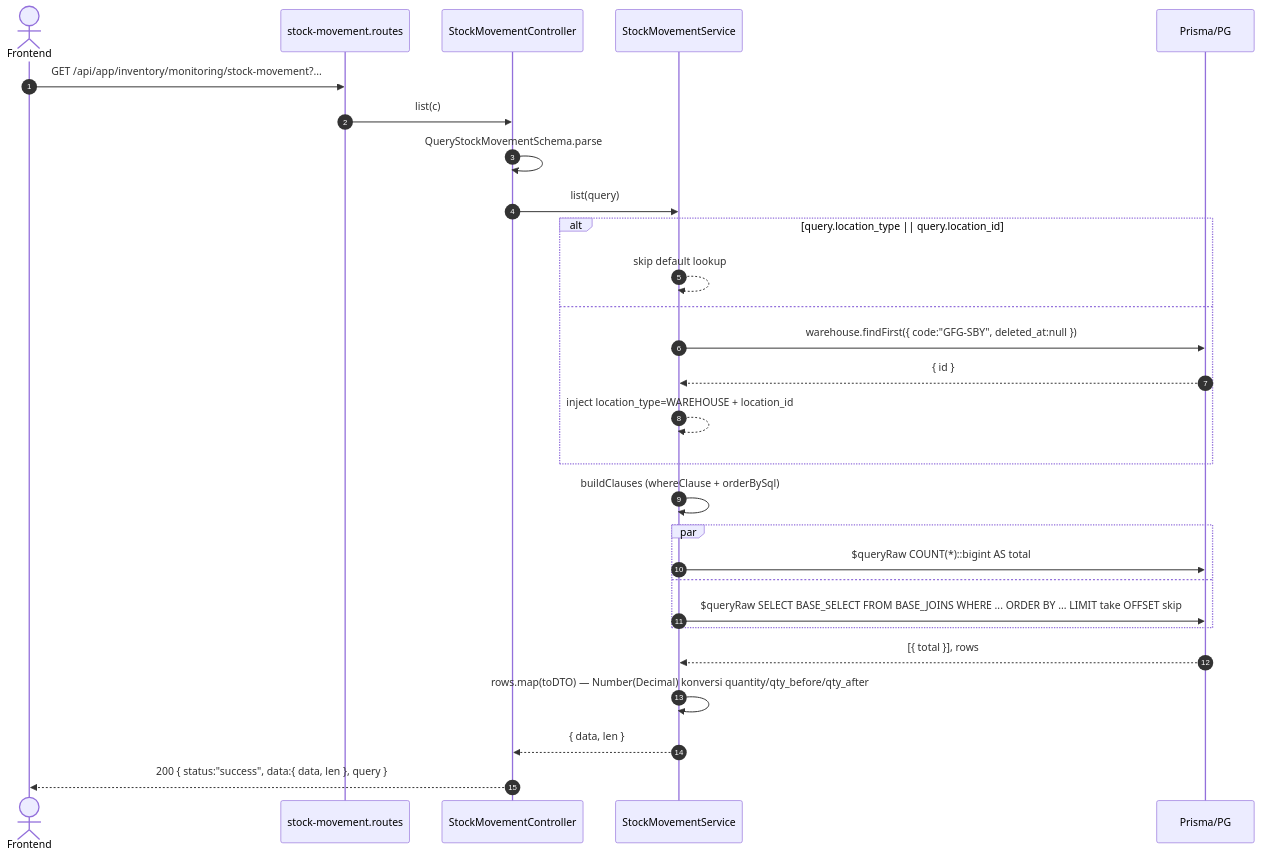
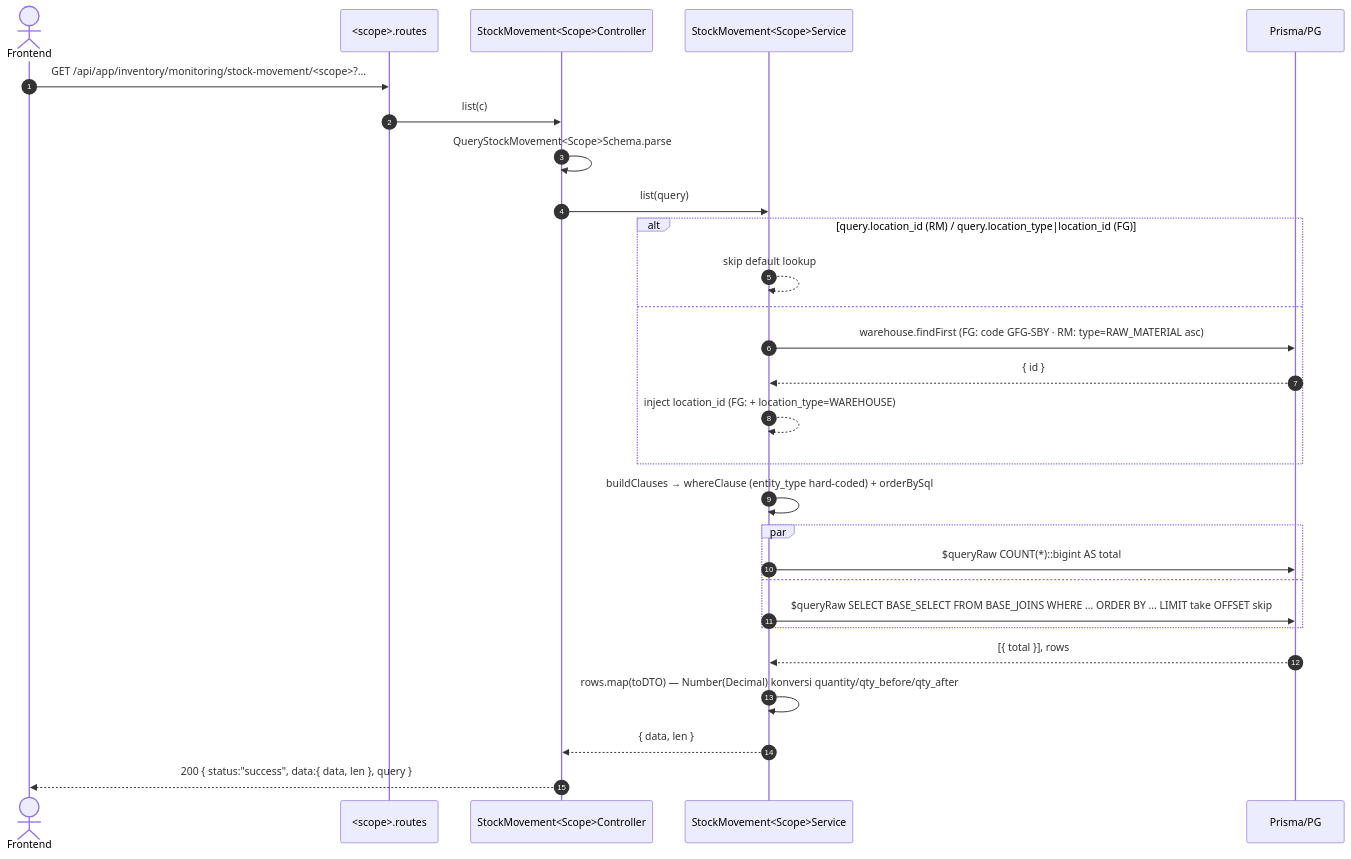
Before and after one commit to mikaeladityan/mandalika-api-v2: the first of 2 diagrams in docs/modules/inventory/monitoring/stock-movement/README.md, drawn with Mermaid. The commit also changed other lines of this file and 35 other files, not shown here.

First line of the commit message:
feat(inventory): add stock movement management for raw materials

````diff
--- a/docs/modules/inventory/monitoring/stock-movement/README.md
+++ b/docs/modules/inventory/monitoring/stock-movement/README.md
@@ -85,31 +86,31 @@
 ```mermaid
 sequenceDiagram
     autonumber
     actor FE as Frontend
-    participant R as stock-movement.routes
-    participant C as StockMovementController
-    participant S as StockMovementService
+    participant R as <scope>.routes
+    participant C as StockMovement<Scope>Controller
+    participant S as StockMovement<Scope>Service
     participant DB as Prisma/PG
 
-    FE->>R: GET /api/app/inventory/monitoring/stock-movement?...
+    FE->>R: GET /api/app/inventory/monitoring/stock-movement/<scope>?...
     R->>C: list(c)
-    C->>C: QueryStockMovementSchema.parse
+    C->>C: QueryStockMovement<Scope>Schema.parse
     C->>S: list(query)
-    alt query.location_type || query.location_id
+    alt query.location_id (RM) / query.location_type|location_id (FG)
         S-->>S: skip default lookup
     else
-        S->>DB: warehouse.findFirst({ code:"GFG-SBY", deleted_at:null })
+        S->>DB: warehouse.findFirst (FG: code GFG-SBY · RM: type=RAW_MATERIAL asc)
         DB-->>S: { id }
-        S-->>S: inject location_type=WAREHOUSE + location_id
+        S-->>S: inject location_id (FG: + location_type=WAREHOUSE)
     end
-    S->>S: buildClauses (whereClause + orderBySql)
+    S->>S: buildClauses → whereClause (entity_type hard-coded) + orderBySql
     par
         S->>DB: $queryRaw COUNT(*)::bigint AS total
     and
         S->>DB: $queryRaw SELECT BASE_SELECT FROM BASE_JOINS WHERE ... ORDER BY ... LIMIT take OFFSET skip
     end
     DB-->>S: [{ total }], rows
     S->>S: rows.map(toDTO) — Number(Decimal) konversi quantity/qty_before/qty_after
     S-->>C: { data, len }
     C-->>FE: 200 { status:"success", data:{ data, len }, query }
 ```
````
